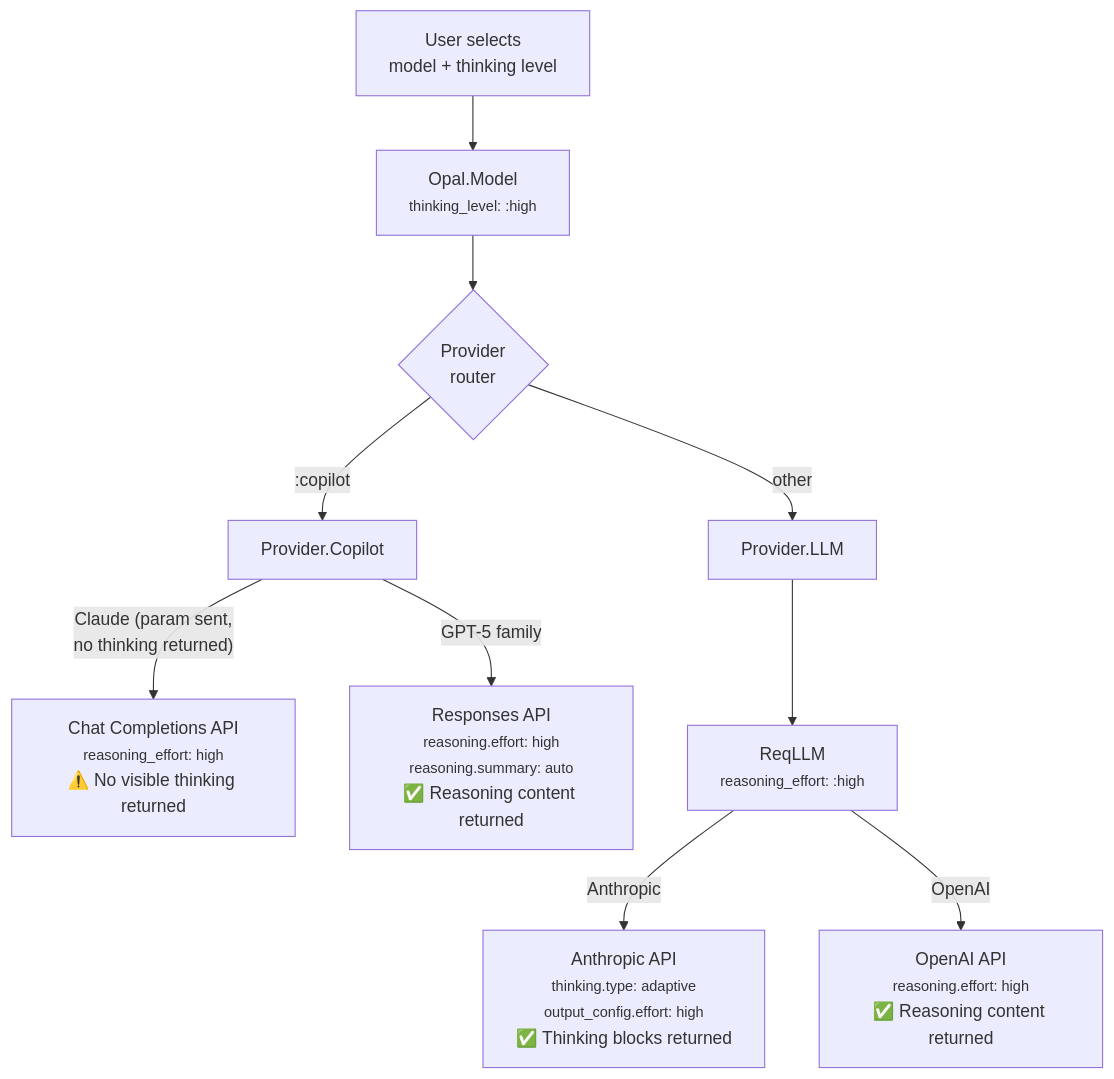
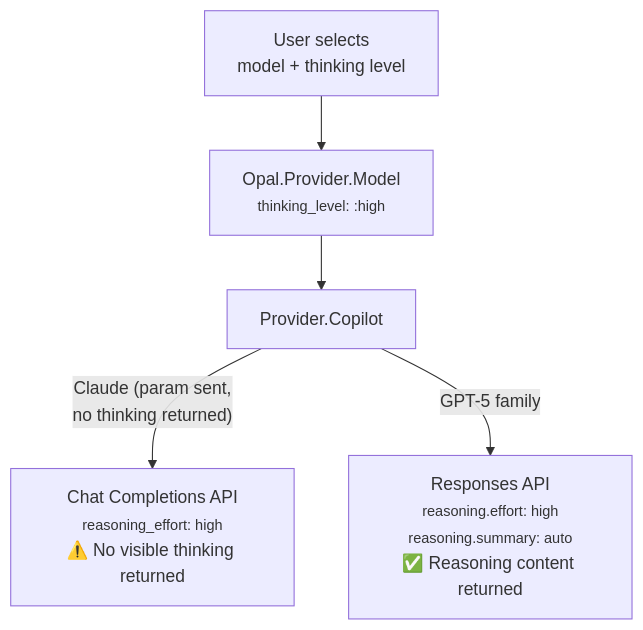
Before and after one commit to matteing/opal: the first of 2 diagrams in docs/reasoning.md, drawn with Mermaid. The commit also changed other lines of this file and 22 other files, not shown here.

````diff
--- a/docs/reasoning.md
+++ b/docs/reasoning.md
@@ -19,23 +19,13 @@
 ```mermaid
 graph TD
     User["User selects<br/>model + thinking level"]
-    Model["Opal.Model<br/><small>thinking_level: :high</small>"]
-    Router{"Provider<br/>router"}
+    Model["Opal.Provider.Model<br/><small>thinking_level: :high</small>"]
     Copilot["Provider.Copilot"]
-    LLM["Provider.LLM"]
     ChatAPI["Chat Completions API<br/><small>reasoning_effort: high</small><br/>⚠️ No visible thinking returned"]
     RespAPI["Responses API<br/><small>reasoning.effort: high<br/>reasoning.summary: auto</small><br/>✅ Reasoning content returned"]
-    ReqLLM["ReqLLM<br/><small>reasoning_effort: :high</small>"]
-    Anthropic["Anthropic API<br/><small>thinking.type: adaptive<br/>output_config.effort: high</small><br/>✅ Thinking blocks returned"]
-    OpenAI["OpenAI API<br/><small>reasoning.effort: high</small><br/>✅ Reasoning content returned"]
 
     User --> Model
-    Model --> Router
-    Router -->|":copilot"| Copilot
-    Router -->|"other"| LLM
+    Model --> Copilot
     Copilot -->|"Claude (param sent,<br/>no thinking returned)"| ChatAPI
     Copilot -->|"GPT-5 family"| RespAPI
-    LLM --> ReqLLM
-    ReqLLM -->|Anthropic| Anthropic
-    ReqLLM -->|OpenAI| OpenAI
 ```
````
